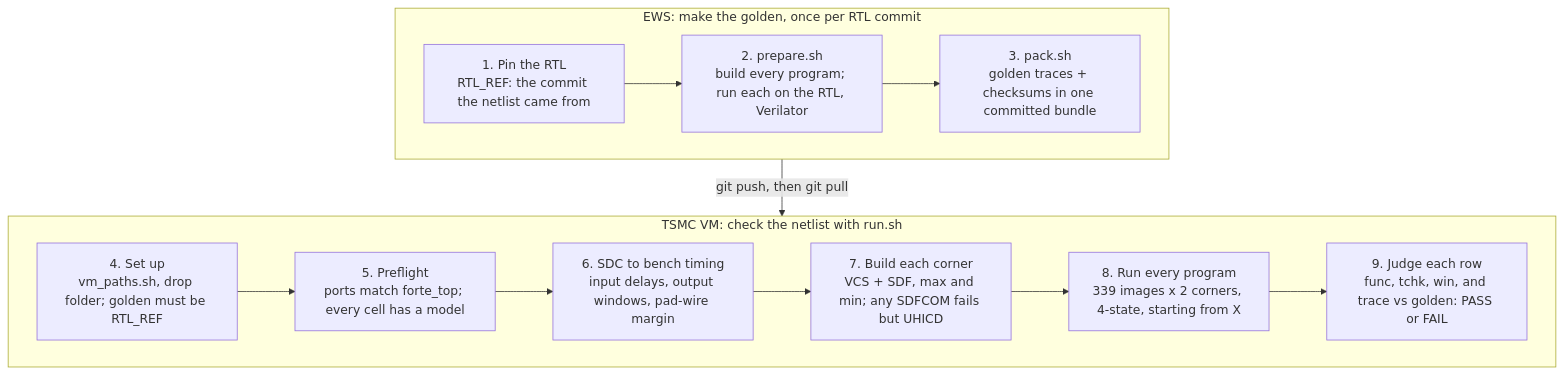
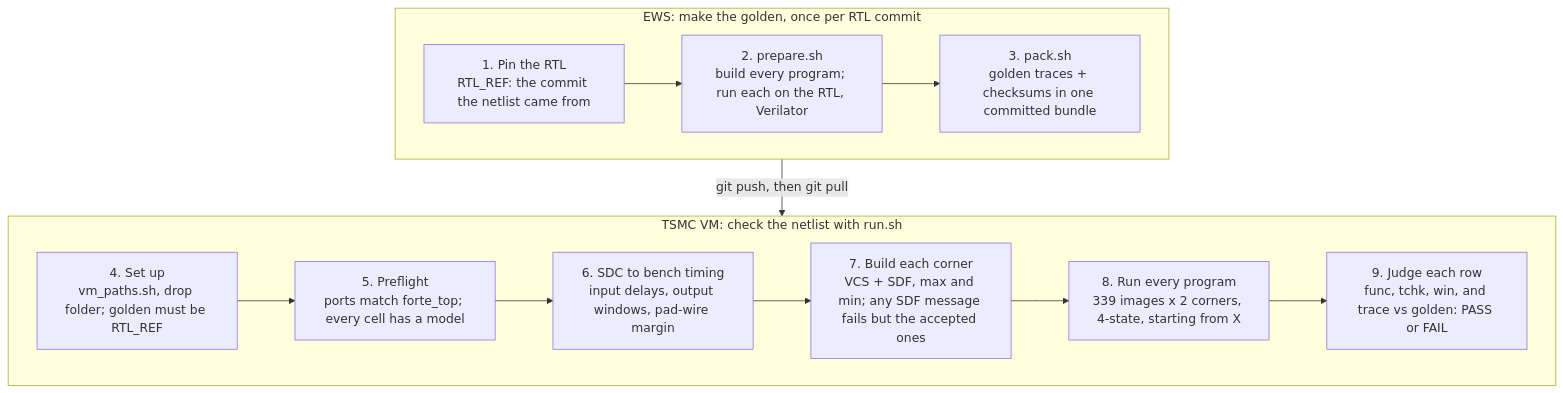
One commit to CoreTyx/AMOEBA changed the diagram in postpnr/ONBOARDING.md. Above: the diagram before and after it, drawn with Mermaid. The commit also changed other lines of this file and 2 other files, not shown here.

````diff
--- a/postpnr/ONBOARDING.md
+++ b/postpnr/ONBOARDING.md
@@ -81,13 +81,13 @@
 ```mermaid
 flowchart TB
   subgraph EWS["EWS: make the golden, once per RTL commit"]
     direction LR
     E1["1. Pin the RTL<br/>RTL_REF: the commit the netlist came from"] --> E2["2. prepare.sh<br/>build every program; run each on the RTL, Verilator"] --> E3["3. pack.sh<br/>golden traces + checksums in one committed bundle"]
   end
   subgraph VM["TSMC VM: check the netlist with run.sh"]
     direction LR
     V1["4. Set up<br/>vm_paths.sh, drop folder; golden must be RTL_REF"] --> V2["5. Preflight<br/>ports match forte_top; every cell has a model"] --> V3["6. SDC to bench timing<br/>input delays, output windows, pad-wire margin"]
-    V3 --> V4["7. Build each corner<br/>VCS + SDF, max and min; any SDFCOM fails but UHICD"] --> V5["8. Run every program<br/>339 images x 2 corners, 4-state, starting from X"] --> V6["9. Judge each row<br/>func, tchk, win, and trace vs golden: PASS or FAIL"]
+    V3 --> V4["7. Build each corner<br/>VCS + SDF, max and min; any SDF message fails but the accepted ones"] --> V5["8. Run every program<br/>339 images x 2 corners, 4-state, starting from X"] --> V6["9. Judge each row<br/>func, tchk, win, and trace vs golden: PASS or FAIL"]
   end
   E3 -- "git push, then git pull" --> V1
 ```
````
